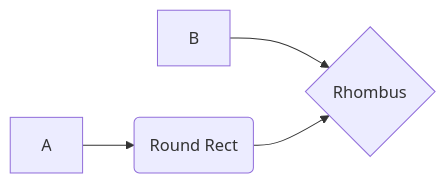
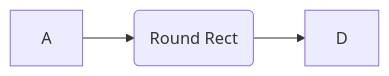
Before and after one commit to blopwizz/learning-react: the diagram in docs/react-fundamentals.md, drawn with Mermaid. The commit also changed other lines of this file, not shown here.

````diff
--- a/docs/react-fundamentals.md
+++ b/docs/react-fundamentals.md
@@ -125,6 +125,5 @@
 ```mermaid
 graph LR
 A --> C(Round Rect)
-B --> D{Rhombus}
 C --> D
 ```
````
